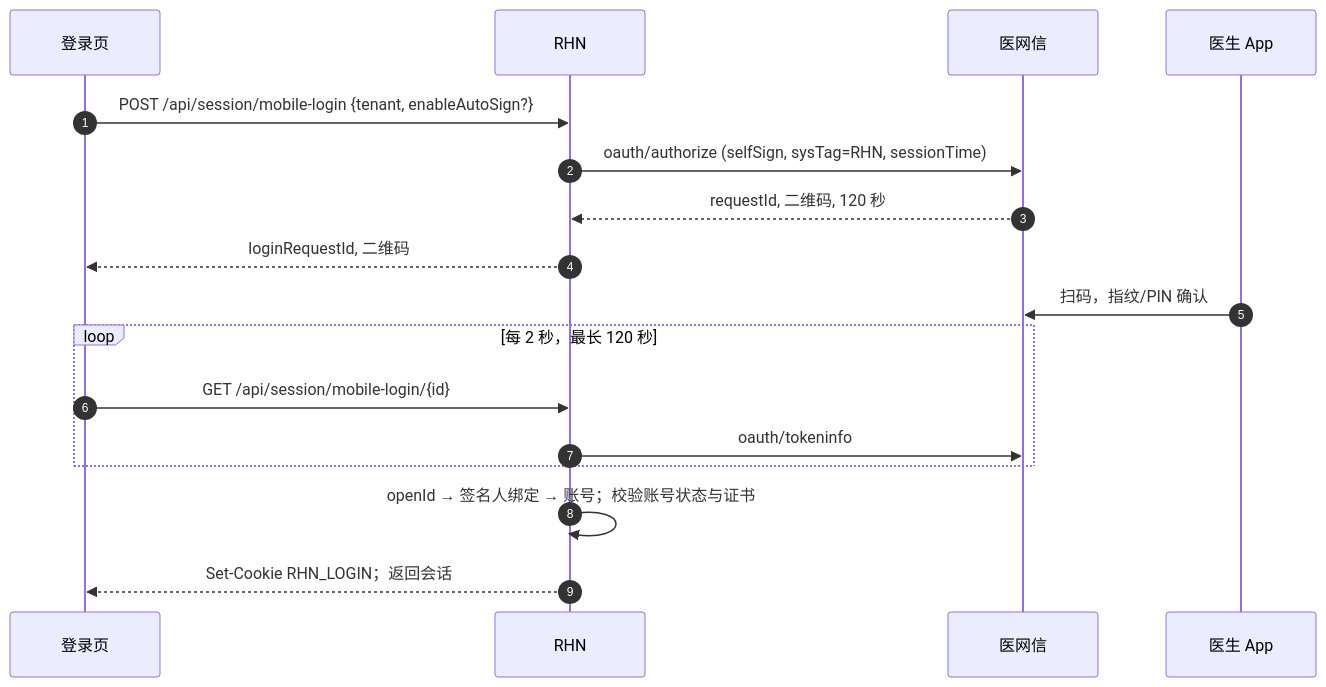
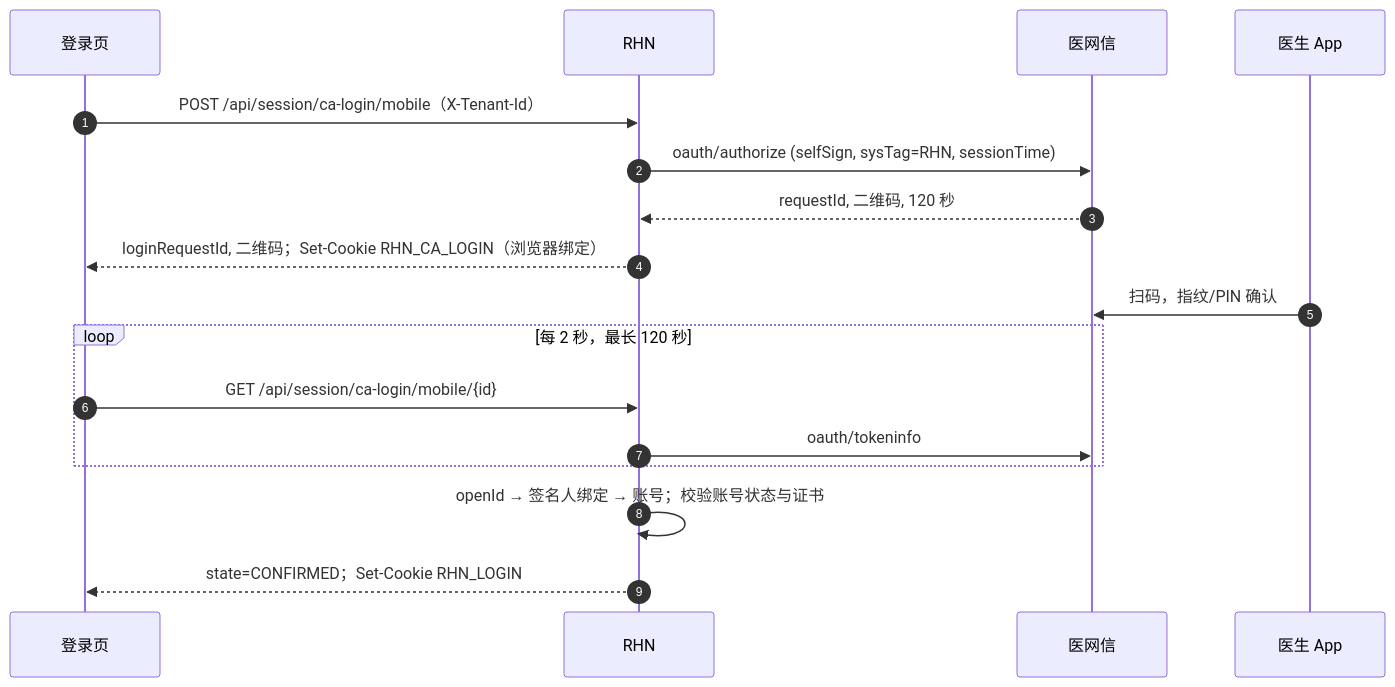
Before and after one commit to yangli216/rhn: the third of 4 diagrams in docs/architecture/通用CA集成功能设计.md, drawn with Mermaid. The commit also changed other lines of this file and 36 other files, not shown here.

````diff
--- a/docs/architecture/通用CA集成功能设计.md
+++ b/docs/architecture/通用CA集成功能设计.md
@@ -272,19 +272,19 @@
 ```mermaid
 sequenceDiagram
     autonumber
     participant B as 登录页
     participant R as RHN
     participant V as 医网信
     participant P as 医生 App
-    B->>R: POST /api/session/mobile-login {tenant, enableAutoSign?}
+    B->>R: POST /api/session/ca-login/mobile（X-Tenant-Id）
     R->>V: oauth/authorize (selfSign, sysTag=RHN, sessionTime)
     V-->>R: requestId, 二维码, 120 秒
-    R-->>B: loginRequestId, 二维码
+    R-->>B: loginRequestId, 二维码；Set-Cookie RHN_CA_LOGIN（浏览器绑定）
     P->>V: 扫码，指纹/PIN 确认
     loop 每 2 秒，最长 120 秒
-        B->>R: GET /api/session/mobile-login/{id}
+        B->>R: GET /api/session/ca-login/mobile/{id}
         R->>V: oauth/tokeninfo
     end
     R->>R: openId → 签名人绑定 → 账号；校验账号状态与证书
-    R-->>B: Set-Cookie RHN_LOGIN；返回会话
+    R-->>B: state=CONFIRMED；Set-Cookie RHN_LOGIN
 ```
````
